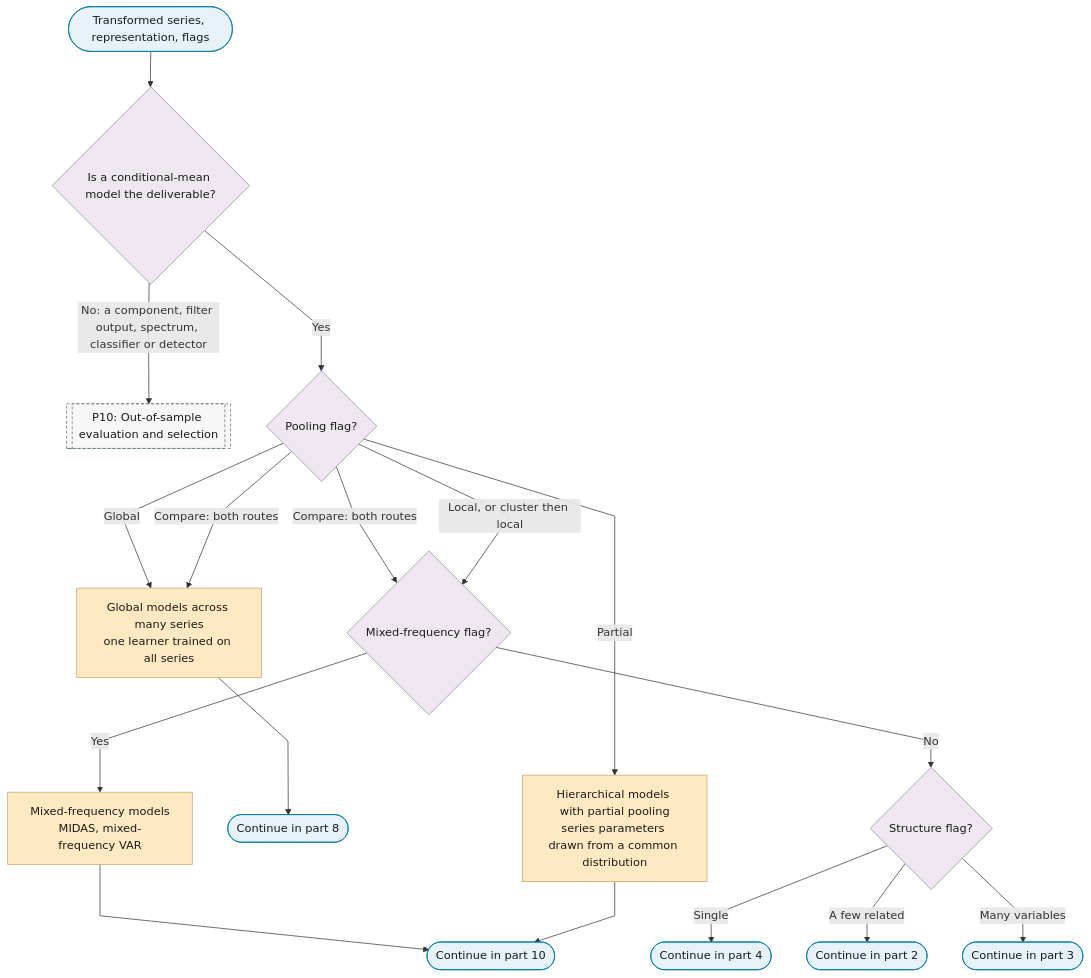
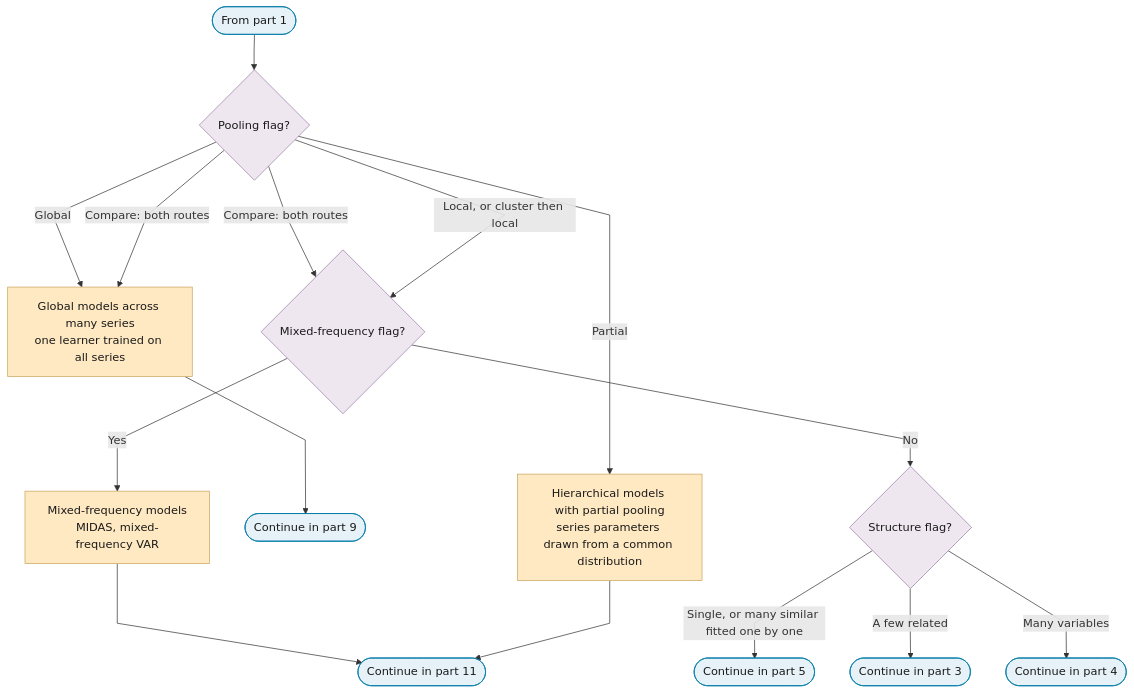
One commit to Shuxin-Y/time-series-analysis-manual changed the second of 12 diagrams in docs/01-workflow/p06-mean-model-class.md. Above: the diagram before and after it, drawn with Mermaid. The commit also changed other lines of this file and 10 other files, not shown here.

First line of the commit message:
fix(spine): route by value type and structure at every phase; one sampling flag

````diff
--- a/docs/01-workflow/p06-mean-model-class.md
+++ b/docs/01-workflow/p06-mean-model-class.md
@@ -11,31 +39,28 @@
 ```mermaid
 %%{init: {"flowchart": {"curve": "linear"}}}%%
 graph TD
-    P6_IN(["Transformed series, representation, flags"]) --> P6_MODEL_NEEDED{"Is a conditional-mean model the deliverable?"}
-    P6_MODEL_NEEDED -->|"No: a component, filter output, spectrum, classifier or detector"| P10[["P10: Out-of-sample evaluation and selection"]]
-    P6_MODEL_NEEDED -->|"Yes"| P6_POOLING{"Pooling flag?"}
+    P6_PART_2_IN(["From part 1"]) --> P6_POOLING{"Pooling flag?"}
     P6_POOLING -->|"Global"| P6_GLOBAL_MODELS["Global models across many series<br/>one learner trained on all series"]
     P6_POOLING -->|"Compare: both routes"| P6_GLOBAL_MODELS
     P6_POOLING -->|"Compare: both routes"| P6_MIXED_Q
     P6_POOLING -->|"Local, or cluster then local"| P6_MIXED_Q{"Mixed-frequency flag?"}
     P6_POOLING -->|"Partial"| P6_PARTIAL_POOLING["Hierarchical models with partial pooling<br/>series parameters drawn from a common distribution"]
-    P6_GLOBAL_MODELS --> P6_TO_PART_8(["Continue in part 8"])
+    P6_GLOBAL_MODELS --> P6_TO_PART_9(["Continue in part 9"])
     P6_MIXED_Q -->|"Yes"| P6_MIXED_FREQUENCY["Mixed-frequency models<br/>MIDAS, mixed-frequency VAR"]
     P6_MIXED_Q -->|"No"| P6_STRUCTURE_Q{"Structure flag?"}
-    P6_STRUCTURE_Q -->|"Single"| P6_TO_PART_4(["Continue in part 4"])
-    P6_STRUCTURE_Q -->|"A few related"| P6_TO_PART_2(["Continue in part 2"])
-    P6_STRUCTURE_Q -->|"Many variables"| P6_TO_PART_3(["Continue in part 3"])
-    P6_MIXED_FREQUENCY & P6_PARTIAL_POOLING --> P6_PART_1_OUT(["Continue in part 10"])
+    P6_STRUCTURE_Q -->|"Single, or many similar fitted one by one"| P6_TO_PART_5(["Continue in part 5"])
+    P6_STRUCTURE_Q -->|"A few related"| P6_TO_PART_3(["Continue in part 3"])
+    P6_STRUCTURE_Q -->|"Many variables"| P6_TO_PART_4(["Continue in part 4"])
+    P6_MIXED_FREQUENCY & P6_PARTIAL_POOLING --> P6_PART_2_OUT(["Continue in part 11"])
     class P6_GLOBAL_MODELS,P6_PARTIAL_POOLING,P6_MIXED_FREQUENCY escalate
-    class P6_IN,P6_TO_PART_8,P6_TO_PART_4,P6_TO_PART_2,P6_TO_PART_3,P6_PART_1_OUT terminator
-    class P6_MODEL_NEEDED,P6_POOLING,P6_MIXED_Q,P6_STRUCTURE_Q decision
-    class P10 ref
+    class P6_PART_2_IN,P6_TO_PART_9,P6_TO_PART_5,P6_TO_PART_3,P6_TO_PART_4,P6_PART_2_OUT terminator
+    class P6_POOLING,P6_MIXED_Q,P6_STRUCTURE_Q decision
     classDef terminator fill:#E6F2F7,stroke:#007BA7,color:#1A1A1A;
     classDef process fill:#FFFFFF,stroke:#5A6B73,color:#1A1A1A;
     classDef decision fill:#EFE7F0,stroke:#9B7FA7,color:#1A1A1A;
     classDef data fill:#FFF4E0,stroke:#C9A55E,color:#1A1A1A;
     classDef good fill:#DCEFD8,stroke:#4A7A3F,color:#1A1A1A;
     classDef escalate fill:#FFE9C2,stroke:#C9A55E,color:#1A1A1A;
     classDef problem fill:#F2D9DE,stroke:#800020,color:#1A1A1A;
     classDef ref fill:#F7F7F7,stroke:#5A6B73,color:#1A1A1A,stroke-dasharray:4 3;
 ```
````
